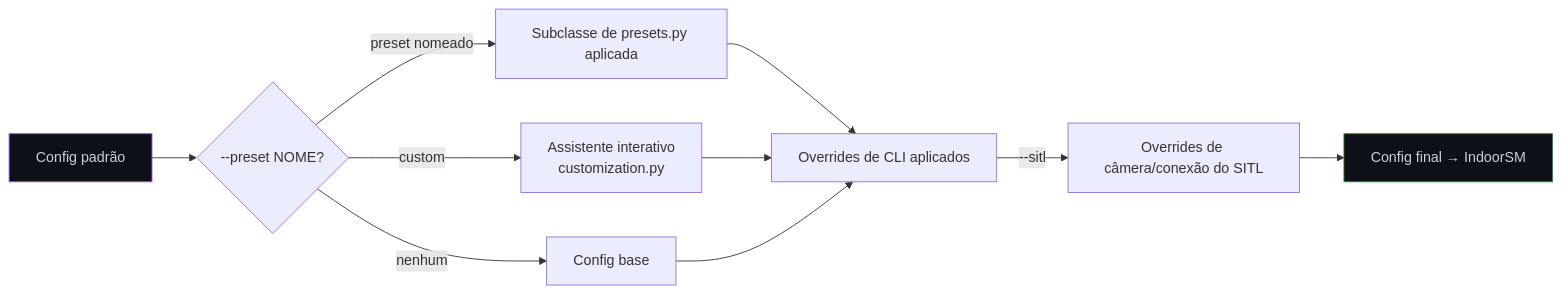
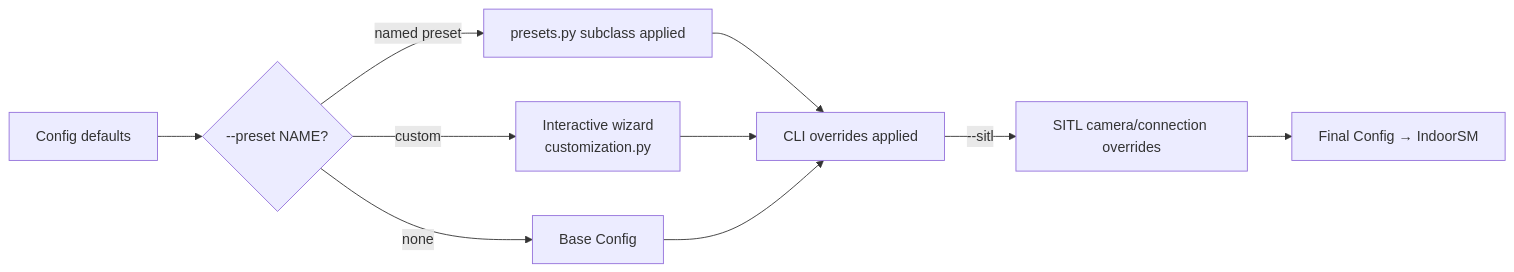
The seventh of 7 diagrams in indoor/README.md (Black-Bee-Drones/imav-2026), drawn with Mermaid before and after one commit. The commit also changed other lines of this file and 13 other files, not shown here.

````diff
--- a/indoor/README.md
+++ b/indoor/README.md
@@ -370,15 +339,12 @@
 ```mermaid
 flowchart LR
-    A[Config padrão] --> B{"--preset NOME?"}
-    B -->|preset nomeado| C[Subclasse de presets.py aplicada]
-    B -->|"custom"| D[Assistente interativo<br/>customization.py]
-    B -->|nenhum| E[Config base]
-    C --> F[Overrides de CLI aplicados]
+    A[Config defaults] --> B{"--preset NAME?"}
+    B -->|named preset| C[presets.py subclass applied]
+    B -->|"custom"| D[Interactive wizard<br/>customization.py]
+    B -->|none| E[Base Config]
+    C --> F[CLI overrides applied]
     D --> F
     E --> F
-    F -->|--sitl| G[Overrides de câmera/conexão do SITL]
-    G --> H[Config final → IndoorSM]
-
-    style A fill:#0d1117,stroke:#8957e5,color:#c9d1d9
-    style H fill:#0d1117,stroke:#238636,color:#c9d1d9
+    F -->|--sitl| G[SITL camera/connection overrides]
+    G --> H[Final Config → IndoorSM]
 ```
````
